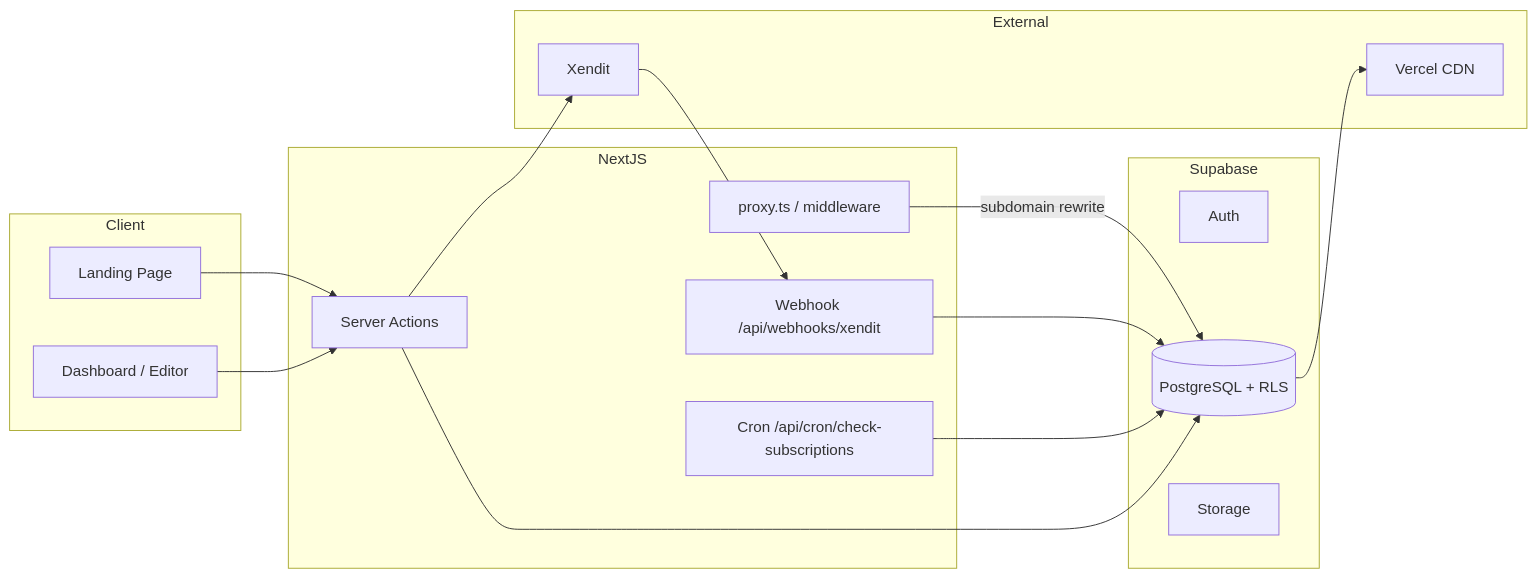
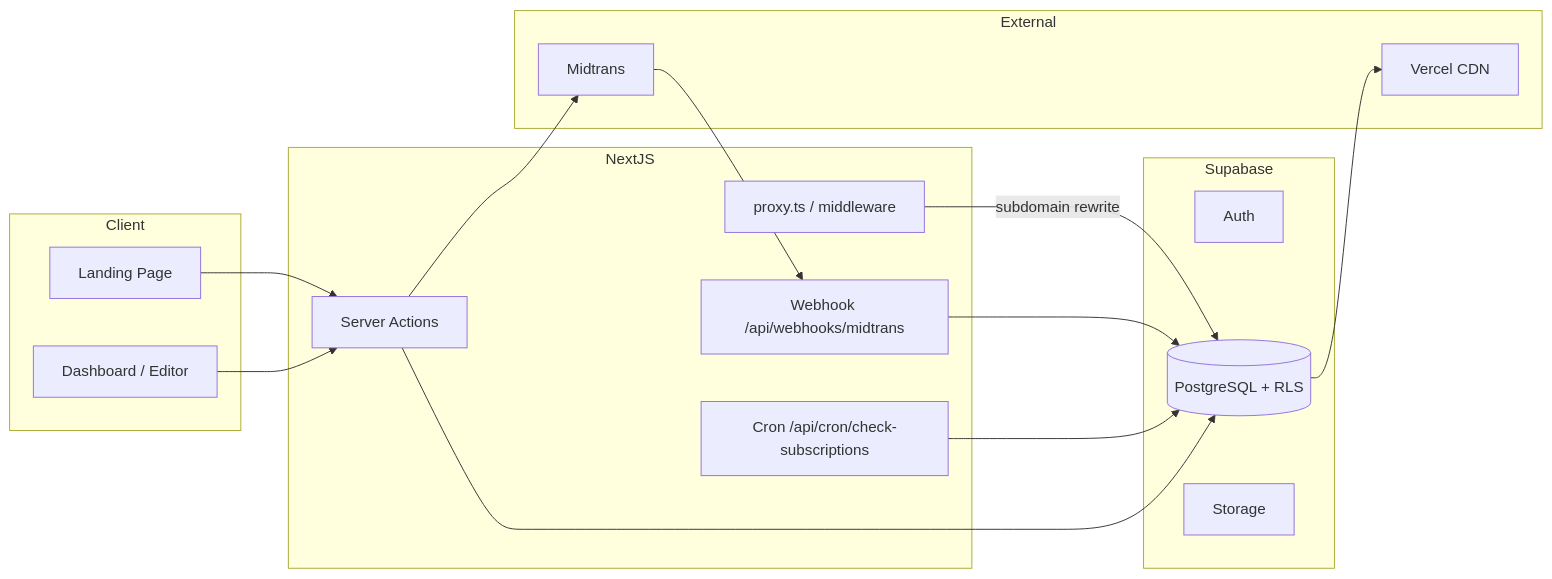
Before and after one commit to portofio-official/portofio-saas: the first of 2 diagrams in docs/IMPLEMENTATION_PLAN.md, drawn with Mermaid. The commit also changed other lines of this file and 7 other files, not shown here.

First line of the commit message:
chore(docs): sync remaining Xendit references to Midtrans billing

````diff
--- a/docs/IMPLEMENTATION_PLAN.md
+++ b/docs/IMPLEMENTATION_PLAN.md
@@ -127,35 +127,35 @@
 ```mermaid
 flowchart LR
     subgraph Client
         LP[Landing Page]
         DB[Dashboard / Editor]
     end
 
     subgraph NextJS
         MW[proxy.ts / middleware]
         SA[Server Actions]
-        WH[Webhook /api/webhooks/xendit]
+        WH[Webhook /api/webhooks/midtrans]
         CR[Cron /api/cron/check-subscriptions]
     end
 
     subgraph Supabase
         AUTH[Auth]
         DBT[(PostgreSQL + RLS)]
         STG[Storage]
     end
 
     subgraph External
-        XE[Xendit]
+        XE[Midtrans]
         VR[Vercel CDN]
     end
 
     LP --> SA
     DB --> SA
     MW -->|subdomain rewrite| DBT
     SA --> DBT
     WH --> DBT
     CR --> DBT
     SA --> XE
     XE --> WH
     DBT --> VR
 ```
````
